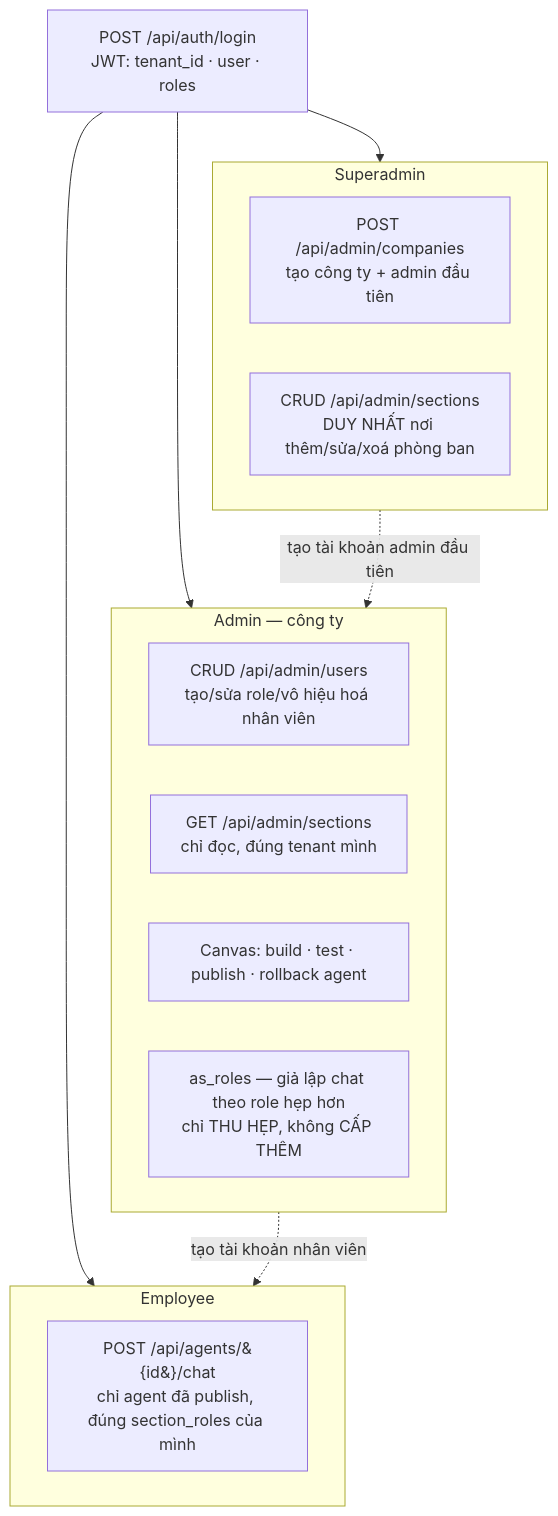
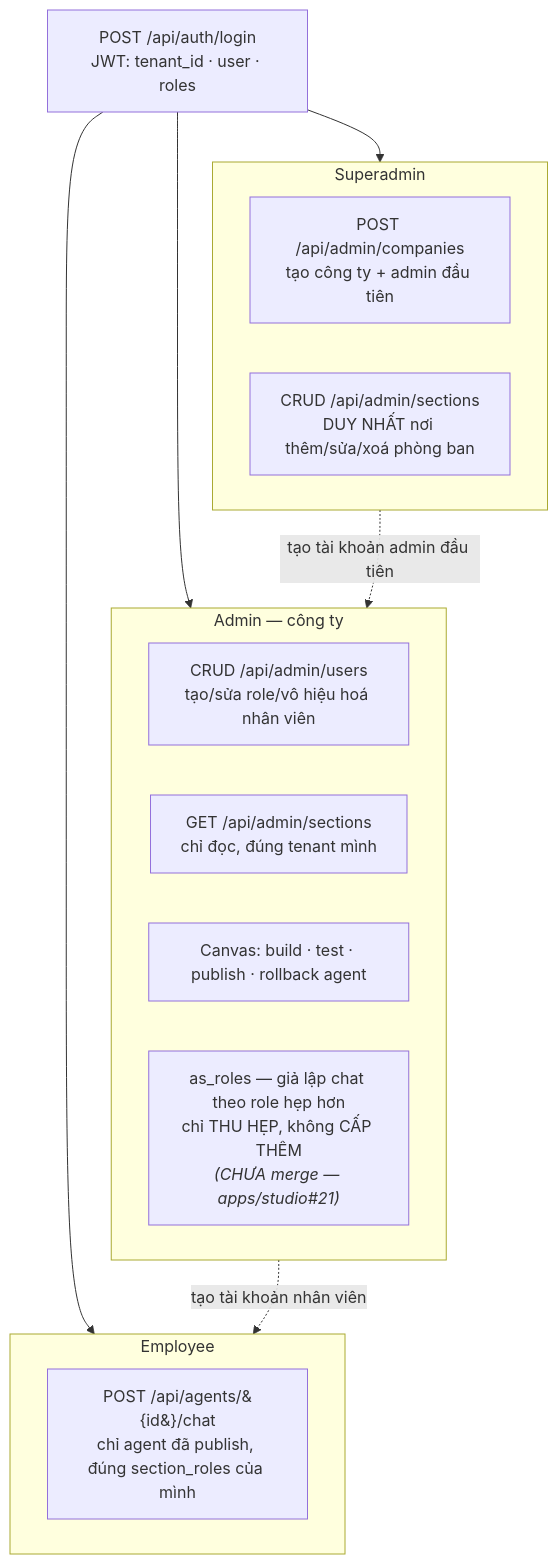
The first of 2 diagrams in docs/design-notes/swe-day21-user-flow-diagrams.md (AI20K-VGR/agentcore-studio-workbench), drawn with Mermaid before and after one commit. The commit also changed other lines of this file, not shown here.

First line of the commit message:
fix(design-note): sửa 2 trích dẫn sai — as_roles/admin-inherit-tại-login chưa merge vào main (review workbench#26)

````diff
--- a/docs/design-notes/swe-day21-user-flow-diagrams.md
+++ b/docs/design-notes/swe-day21-user-flow-diagrams.md
@@ -23,27 +23,27 @@
 ```mermaid
 flowchart TB
     L["POST /api/auth/login<br/>JWT: tenant_id · user · roles"]
 
     L --> SA
     L --> AD
     L --> EMP
 
     subgraph SA["Superadmin"]
         SA1["POST /api/admin/companies<br/>tạo công ty + admin đầu tiên"]
         SA2["CRUD /api/admin/sections<br/>DUY NHẤT nơi thêm/sửa/xoá phòng ban"]
     end
 
     subgraph AD["Admin — công ty"]
         AD1["CRUD /api/admin/users<br/>tạo/sửa role/vô hiệu hoá nhân viên"]
         AD2["GET /api/admin/sections<br/>chỉ đọc, đúng tenant mình"]
         AD3["Canvas: build · test · publish · rollback agent"]
-        AD4["as_roles — giả lập chat theo role hẹp hơn<br/>chỉ THU HẸP, không CẤP THÊM"]
+        AD4["as_roles — giả lập chat theo role hẹp hơn<br/>chỉ THU HẸP, không CẤP THÊM<br/><i>(CHƯA merge — apps/studio#21)</i>"]
     end
 
     subgraph EMP["Employee"]
         EMP1["POST /api/agents/&#123;id&#125;/chat<br/>chỉ agent đã publish, đúng section_roles của mình"]
     end
 
     SA -. "tạo tài khoản admin đầu tiên" .-> AD
     AD -. "tạo tài khoản nhân viên" .-> EMP
 ```
````
